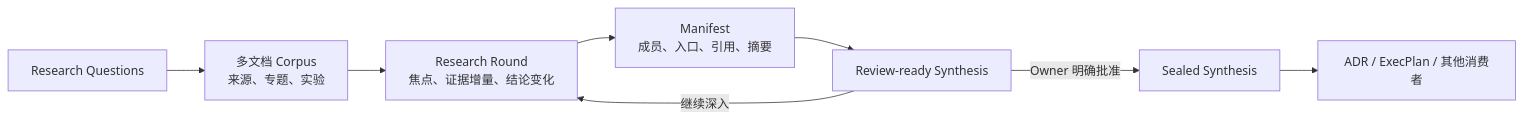
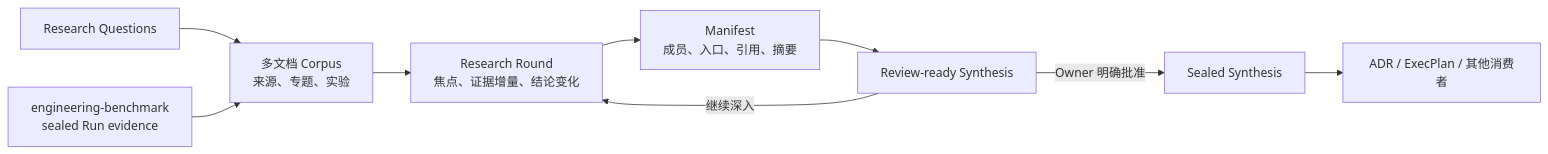
The diagram in engineering-research/SKILL.md (XiaoWeiKIN/RepoFoundryAI), drawn with Mermaid before and after one commit. The commit also changed other lines of this file and 20 other files, not shown here.

Commit message:
feat: add engineering benchmark skill

````diff
--- a/engineering-research/SKILL.md
+++ b/engineering-research/SKILL.md
@@ -12,10 +12,11 @@
 ```mermaid
 flowchart LR
     Q["Research Questions"] --> C["多文档 Corpus<br/>来源、专题、实验"]
+    B["engineering-benchmark<br/>sealed Run evidence"] --> C
     C --> R["Research Round<br/>焦点、证据增量、结论变化"]
     R --> M["Manifest<br/>成员、入口、引用、摘要"]
     M --> S["Review-ready Synthesis"]
     S -->|"继续深入"| R
     S -->|"Owner 明确批准"| F["Sealed Synthesis"]
     F --> D["ADR / ExecPlan / 其他消费者"]
 ```
````
